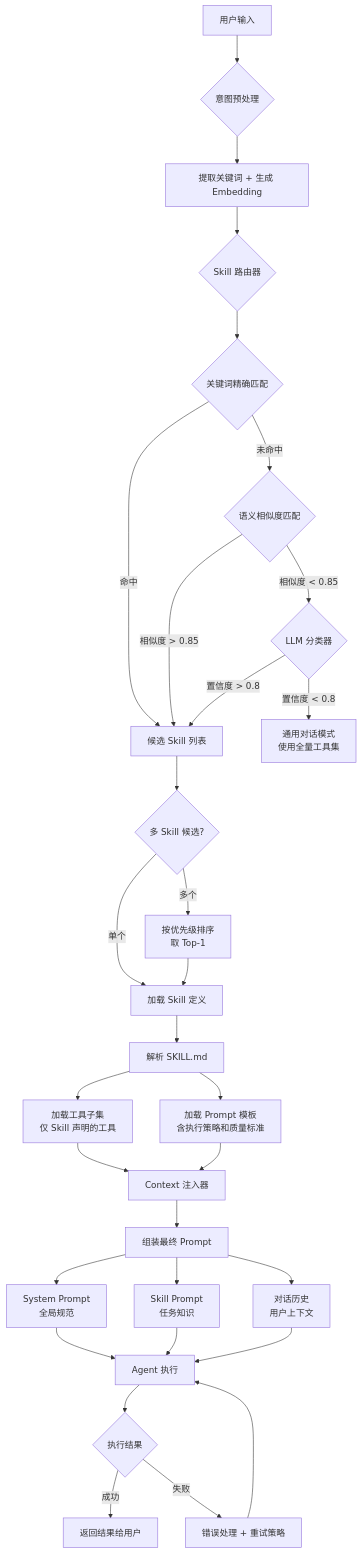
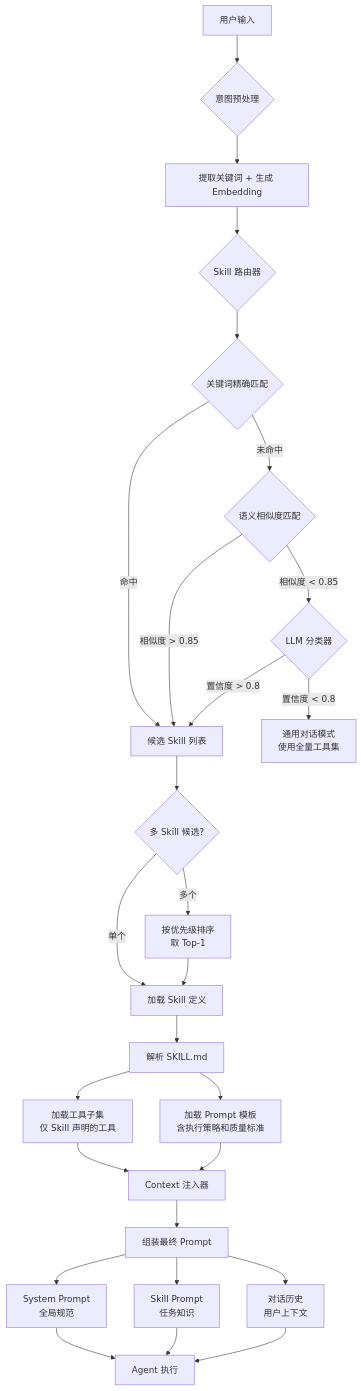
One commit to xiaoxiath/ai-agent-engineering changed the tenth of 10 diagrams in chapters/part-02-core-architecture/ch06-tool-system-design.md. Above: the diagram before and after it, drawn with Mermaid. The commit also changed other lines of this file and 6 other files, not shown here.

````diff
--- a/chapters/part-02-core-architecture/ch06-tool-system-design.md
+++ b/chapters/part-02-core-architecture/ch06-tool-system-design.md
@@ -2458,39 +1611,34 @@
 ```mermaid
 flowchart TD
     A[用户输入] --> B{意图预处理}
     B --> C[提取关键词 + 生成 Embedding]
     C --> D{Skill 路由器}
 
     D --> E{关键词精确匹配}
     E -->|命中| F[候选 Skill 列表]
     E -->|未命中| G{语义相似度匹配}
     G -->|相似度 > 0.85| F
     G -->|相似度 < 0.85| H{LLM 分类器}
     H -->|置信度 > 0.8| F
     H -->|置信度 < 0.8| I[通用对话模式<br/>使用全量工具集]
 
     F --> J{多 Skill 候选?}
     J -->|单个| K[加载 Skill 定义]
     J -->|多个| L[按优先级排序<br/>取 Top-1]
     L --> K
 
     K --> M[解析 SKILL.md]
     M --> N[加载工具子集<br/>仅 Skill 声明的工具]
     M --> O[加载 Prompt 模板<br/>含执行策略和质量标准]
 
     N --> P[Context 注入器]
     O --> P
     P --> Q[组装最终 Prompt]
     Q --> R[System Prompt<br/>全局规范]
     Q --> S[Skill Prompt<br/>任务知识]
     Q --> T[对话历史<br/>用户上下文]
 
     R --> U[Agent 执行]
     S --> U
     T --> U
-
-    U --> V{执行结果}
-    V -->|成功| W[返回结果给用户]
-    V -->|失败| X[错误处理 + 重试策略]
-    X --> U
 ```
````
